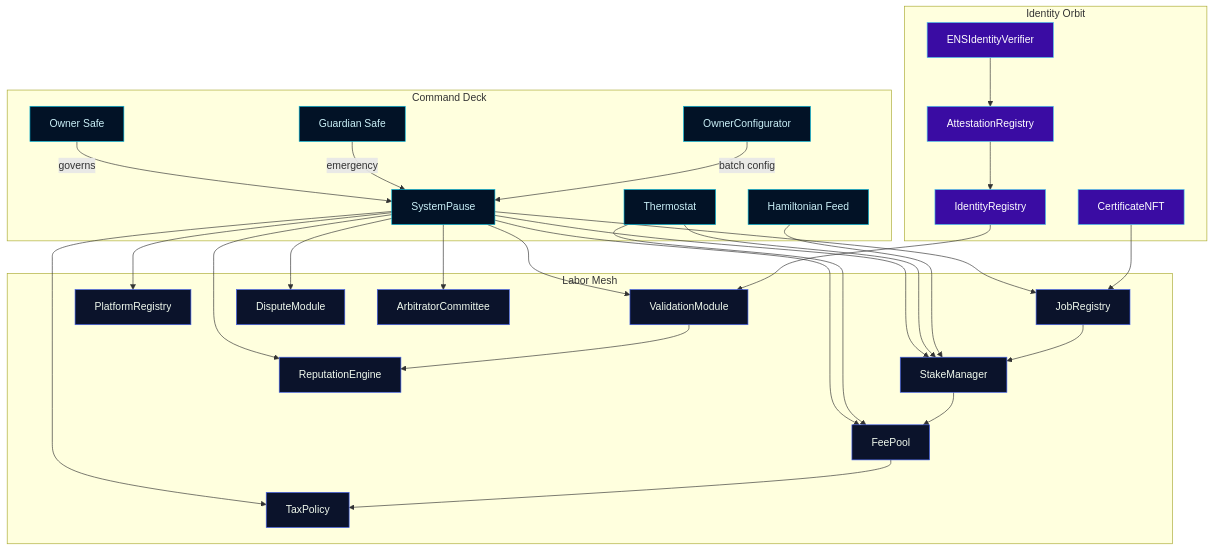
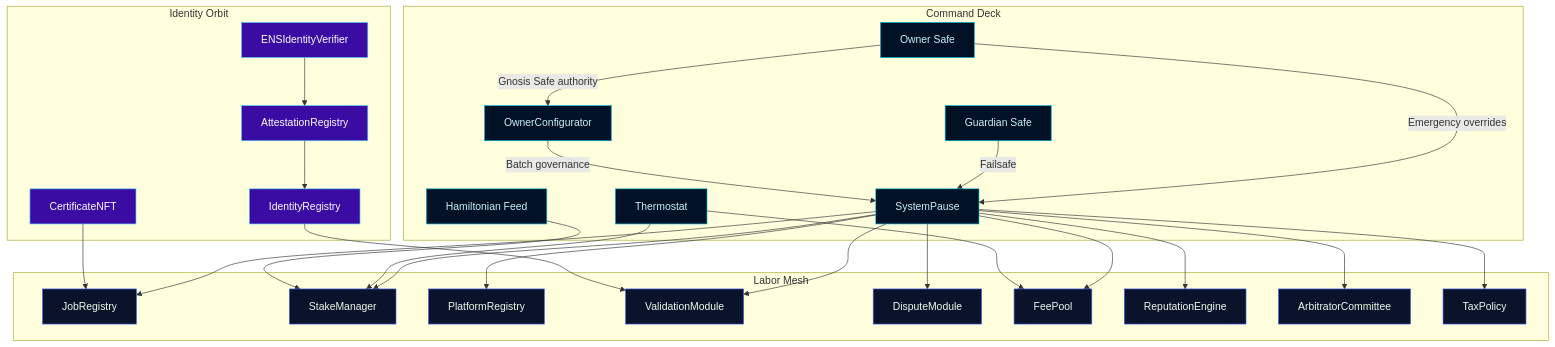
Before and after one commit to MontrealAI/agijobs-sovereign-labor-v0p1: the first of 3 diagrams in docs/README.md, drawn with Mermaid. The commit also changed other lines of this file, not shown here.

````diff
--- a/docs/README.md
+++ b/docs/README.md
@@ -49,49 +47,54 @@
 ```mermaid
 graph TD
     subgraph CommandDeck[Command Deck]
         owner[Owner Safe]
         guardian[Guardian Safe]
         configurator[OwnerConfigurator]
         pause[SystemPause]
         thermo[Thermostat]
         hamiltonian[Hamiltonian Feed]
     end
     subgraph LaborMesh[Labor Mesh]
         job[JobRegistry]
         stake[StakeManager]
         platform[PlatformRegistry]
         validate[ValidationModule]
         dispute[DisputeModule]
         fee[FeePool]
         rep[ReputationEngine]
         arb[ArbitratorCommittee]
         tax[TaxPolicy]
     end
     subgraph IdentityOrbit[Identity Orbit]
         identity[IdentityRegistry]
         attest[AttestationRegistry]
         cert[CertificateNFT]
         ens[ENSIdentityVerifier]
     end
-    owner -->|governs| pause
-    guardian -->|emergency| pause
-    configurator -->|batch config| pause
-    pause --> job & stake & platform & validate & dispute & fee & rep & arb & tax
+    owner -->|Gnosis Safe authority| configurator
+    owner -->|Emergency overrides| pause
+    guardian -->|Failsafe| pause
+    configurator -->|Batch governance| pause
+    pause --> job
+    pause --> stake
+    pause --> platform
+    pause --> validate
+    pause --> dispute
+    pause --> fee
+    pause --> rep
+    pause --> arb
+    pause --> tax
     thermo --> stake
     thermo --> fee
     hamiltonian --> stake
-    validate --> rep
-    job --> stake
-    stake --> fee
-    fee --> tax
     identity --> validate
     attest --> identity
     ens --> attest
     cert --> job
     classDef CommandDeck fill:#021226,stroke:#00b4d8,color:#caf0f8;
     classDef LaborMesh fill:#0b132b,stroke:#4361ee,color:#f1faee;
     classDef IdentityOrbit fill:#3a0ca3,stroke:#4cc9f0,color:#ffffff;
     class owner,guardian,configurator,pause,thermo,hamiltonian CommandDeck;
     class job,stake,platform,validate,dispute,fee,rep,arb,tax LaborMesh;
     class identity,attest,cert,ens IdentityOrbit;
 ```
````
